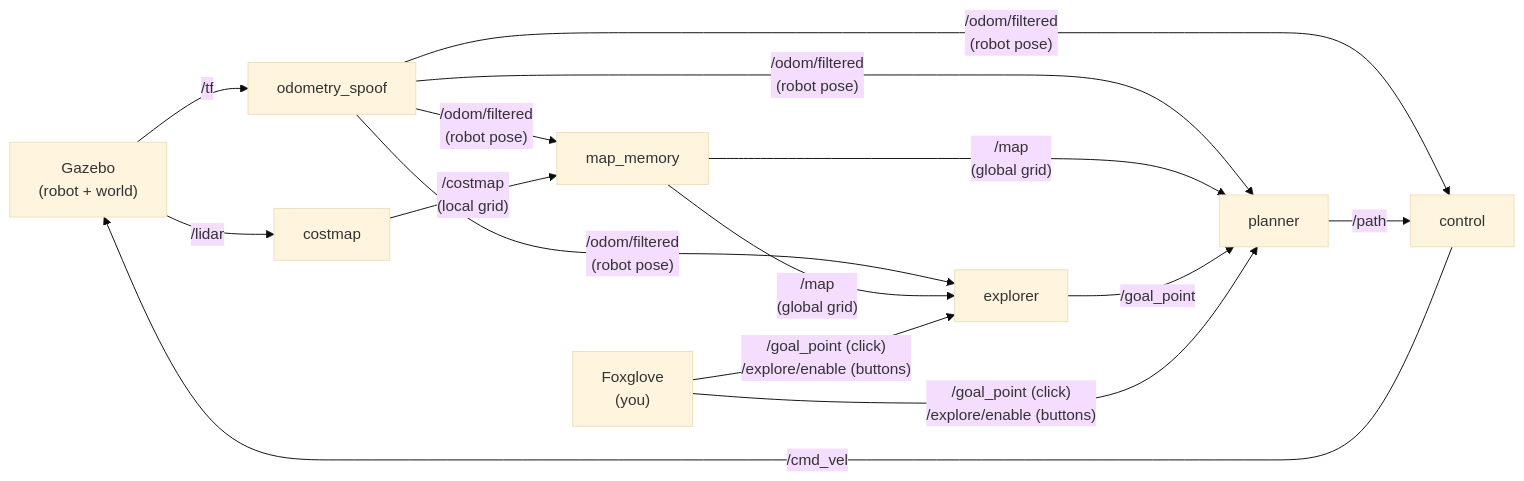
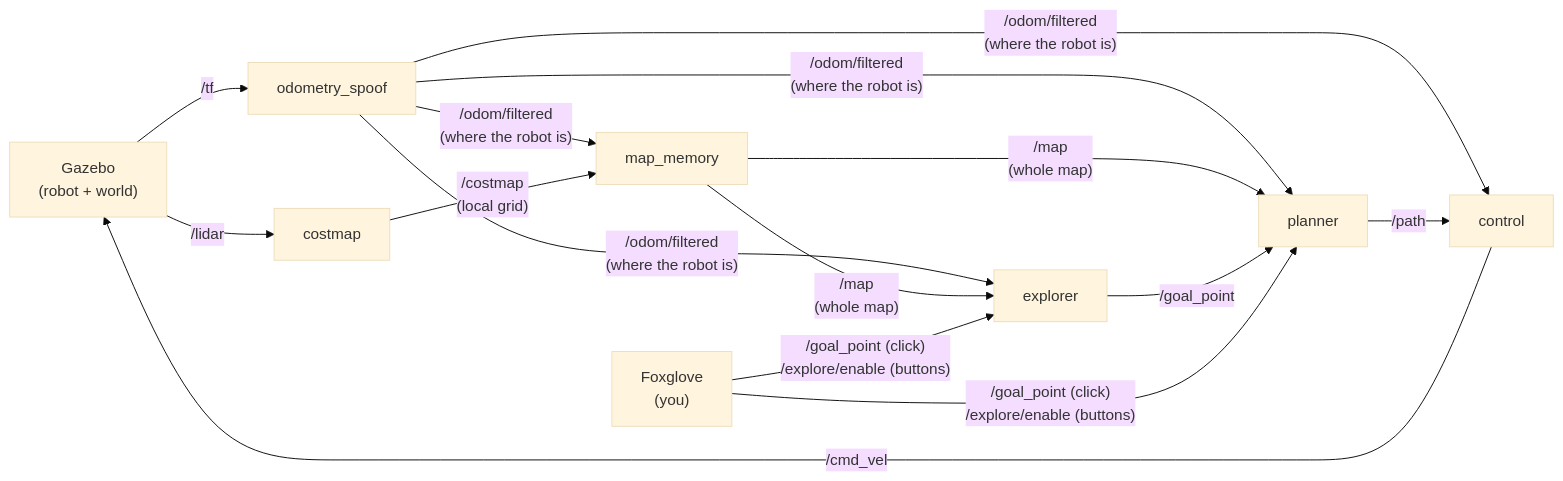
Before and after one commit to sulaimwn/wato_asd_training: the diagram in README.md, drawn with Mermaid (base theme). The commit also changed other lines of this file, not shown here.

````diff
--- a/README.md
+++ b/README.md
@@ -31,12 +22,12 @@
 ```mermaid
 flowchart LR
     sim["Gazebo<br/>(robot + world)"] -- "/lidar" --> costmap
     sim -- "/tf" --> odom[odometry_spoof]
-    odom -- "/odom/filtered<br/>(robot pose)" --> map_memory & planner & control & explorer
+    odom -- "/odom/filtered<br/>(where the robot is)" --> map_memory & planner & control & explorer
     costmap -- "/costmap<br/>(local grid)" --> map_memory
-    map_memory -- "/map<br/>(global grid)" --> planner & explorer
+    map_memory -- "/map<br/>(whole map)" --> planner & explorer
     explorer -- "/goal_point" --> planner
     foxglove["Foxglove<br/>(you)"] -- "/goal_point (click)<br/>/explore/enable (buttons)" --> planner & explorer
     planner -- "/path" --> control
     control -- "/cmd_vel" --> sim
 ```
````
